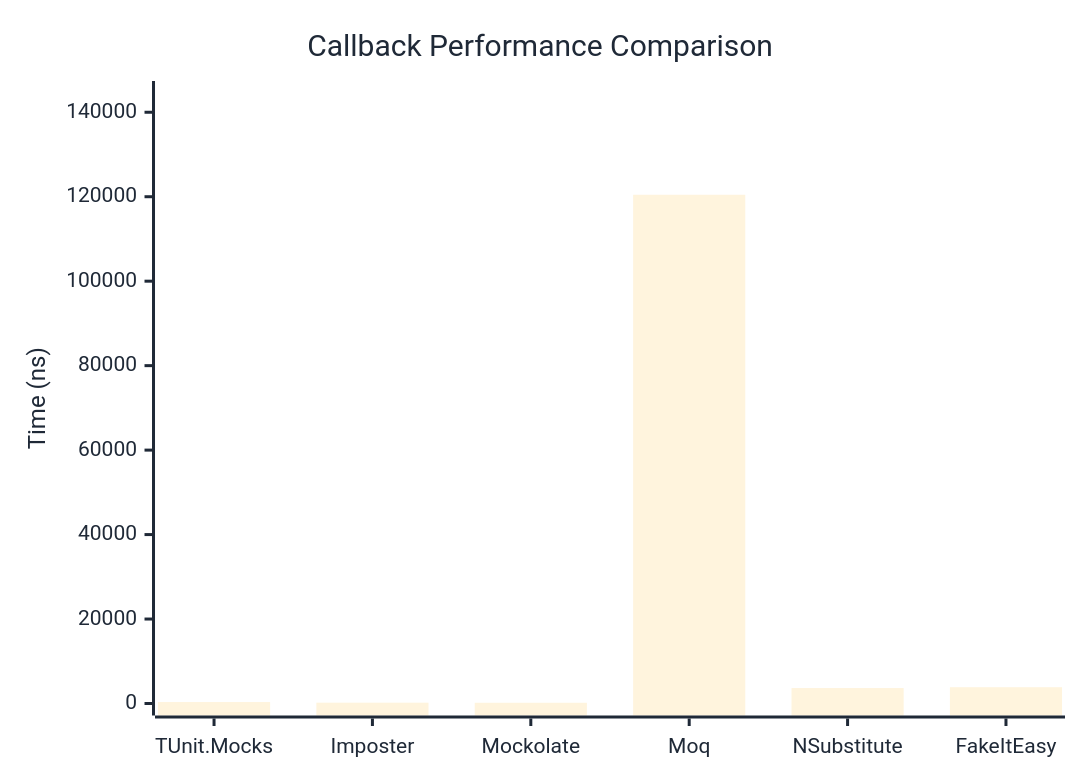
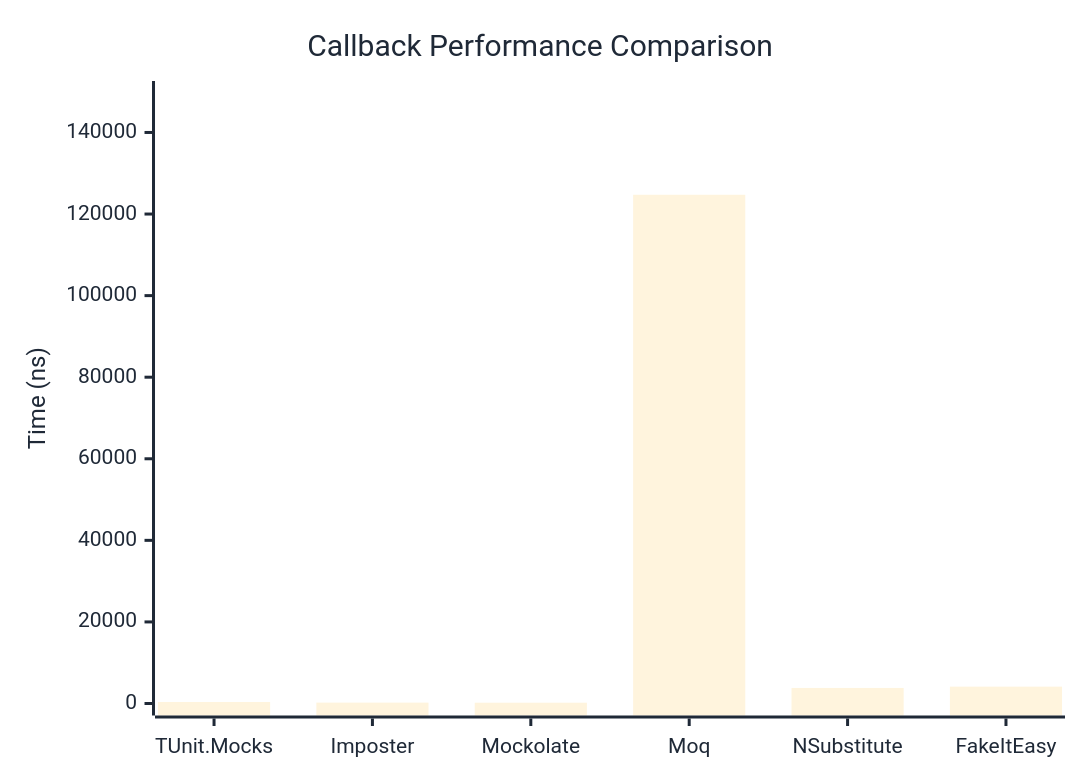
One commit to thomhurst/TUnit changed the first of 2 diagrams in docs/docs/benchmarks/mocks/Callback.md. Above: the diagram before and after it, drawn with Mermaid. The commit also changed other lines of this file and 14 other files, not shown here.

````diff
--- a/docs/docs/benchmarks/mocks/Callback.md
+++ b/docs/docs/benchmarks/mocks/Callback.md
@@ -30,27 +30,27 @@
 ```mermaid
 %%{init: {
   'theme':'base',
   'themeVariables': {
     'primaryColor': '#2563eb',
     'primaryTextColor': '#1f2937',
     'primaryBorderColor': '#1e40af',
     'lineColor': '#6b7280',
     'secondaryColor': '#7c3aed',
     'tertiaryColor': '#dc2626',
     'background': '#ffffff',
     'pie1': '#2563eb',
     'pie2': '#7c3aed',
     'pie3': '#dc2626',
     'pie4': '#f59e0b',
     'pie5': '#10b981',
     'pie6': '#06b6d4',
     'pie7': '#ec4899',
     'pie8': '#6366f1'
   }
 }}%%
 xychart-beta
   title "Callback Performance Comparison"
   x-axis ["TUnit.Mocks", "Imposter", "Mockolate", "Moq", "NSubstitute", "FakeItEasy"]
-  y-axis "Time (ns)" 0 --> 144559
-  bar [341.3, 195.9, 177, 120465.6, 3657.4, 3853]
+  y-axis "Time (ns)" 0 --> 149676
+  bar [368.7, 218.7, 194.5, 124729.4, 3813.3, 4134]
 ```
````
